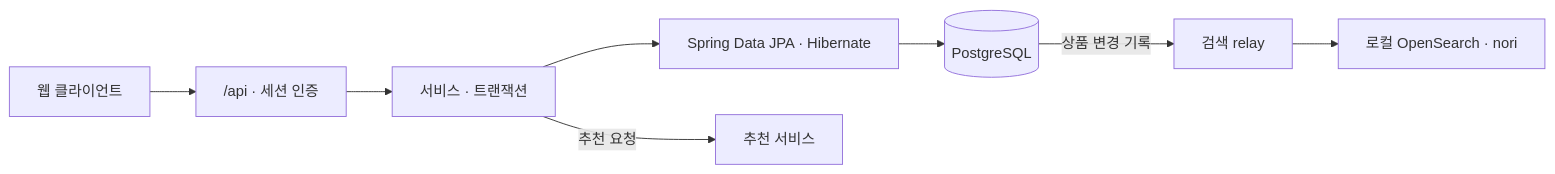
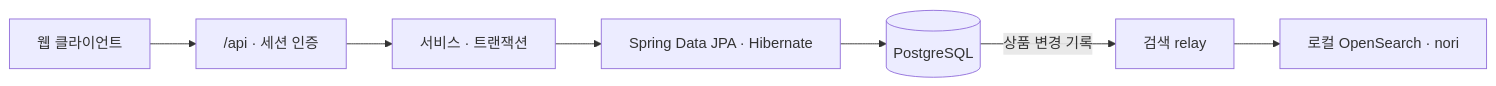
The diagram in README.md (Pubburi/Backend), drawn with Mermaid before and after one commit. The commit also changed other lines of this file and 184 other files, not shown here.

````diff
--- a/README.md
+++ b/README.md
@@ -69,10 +68,9 @@
 ```mermaid
 flowchart LR
     Web["웹 클라이언트"] --> API["/api · 세션 인증"]
     API --> Service["서비스 · 트랜잭션"]
     Service --> JPA["Spring Data JPA · Hibernate"]
     JPA --> DB[("PostgreSQL")]
-    Service -->|추천 요청| Recommendation["추천 서비스"]
     DB -->|상품 변경 기록| Relay["검색 relay"]
     Relay --> Search["로컬 OpenSearch · nori"]
 ```
````
